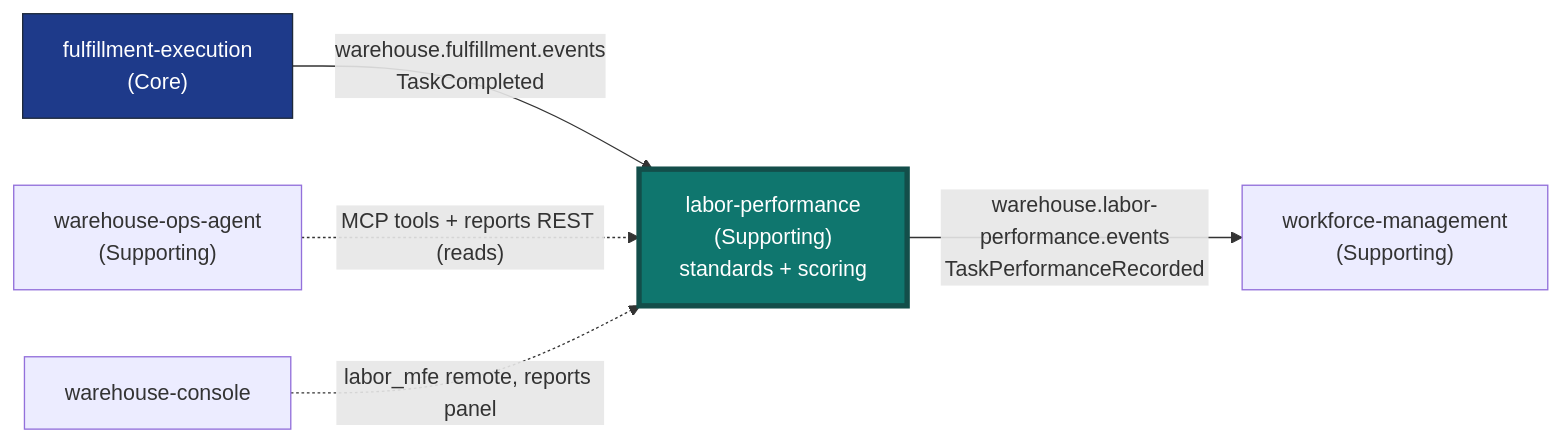
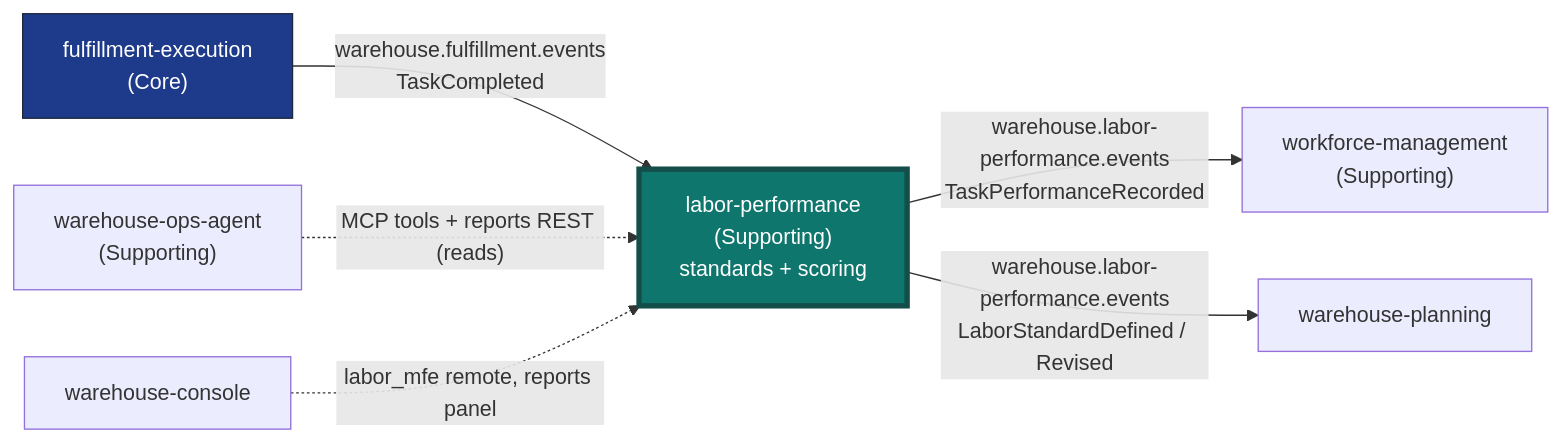
The diagram in docs/docs/overview/introduction.md (IQVO/labor-performance), drawn with Mermaid before and after one commit. The commit also changed other lines of this file and 22 other files, not shown here.

````diff
--- a/docs/docs/overview/introduction.md
+++ b/docs/docs/overview/introduction.md
@@ -103,18 +105,19 @@
 ```mermaid
 flowchart LR
   FE["fulfillment-execution<br/>(Core)"]
   LP["labor-performance<br/>(Supporting)<br/>standards + scoring"]
   WFM["workforce-management<br/>(Supporting)"]
   AG["warehouse-ops-agent<br/>(Supporting)"]
   CON["warehouse-console"]
 
   FE -- "warehouse.fulfillment.events<br/>TaskCompleted" --> LP
   LP -- "warehouse.labor-performance.events<br/>TaskPerformanceRecorded" --> WFM
+  LP -- "warehouse.labor-performance.events<br/>LaborStandardDefined / Revised" --> WP["warehouse-planning"]
   AG -. "MCP tools + reports REST (reads)" .-> LP
   CON -. "labor_mfe remote, reports panel" .-> LP
 
   classDef core fill:#1e3a8a,stroke:#1e293b,color:#fff;
   classDef this fill:#0f766e,stroke:#134e4a,color:#fff,stroke-width:4px;
   class FE core;
   class LP this;
 ```
````
